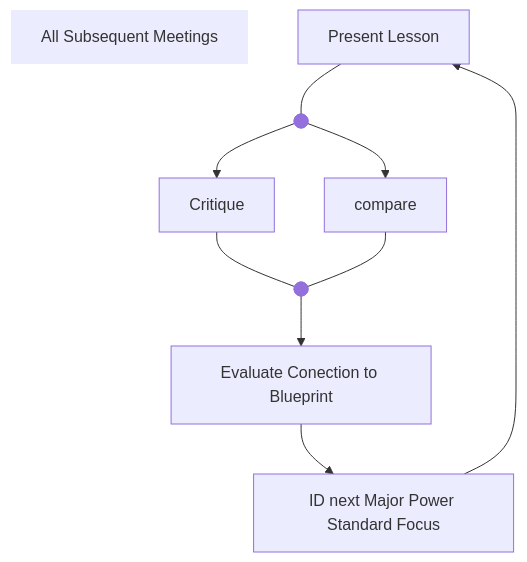
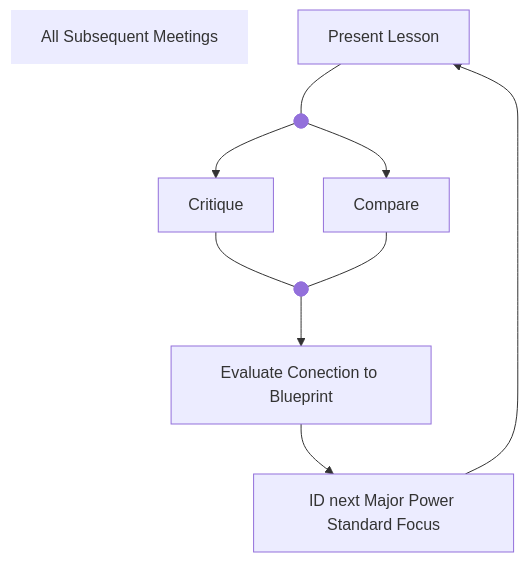
One commit to gerbssusd/MathConclave1 changed the second of 2 diagrams in slides.md. Above: the diagram before and after it, drawn with Mermaid. The commit also changed other lines of this file, not shown here.

````diff
--- a/slides.md
+++ b/slides.md
@@ -326,25 +326,25 @@
 ```mermaid {theme: redux, look: neo}
   flowchart TB
     s3["All Subsequent Meetings"]
     n3["Present Lesson"]
     nz["nz"]
     n4["Critique"]
-    n5["compare"]
+    n5["Compare"]
     ny["ny"]
     n6["Evaluate Conection to Blueprint"]
     n7["ID next Major Power Standard Focus"]
 
     n3 --- nz
     nz --> n4
     nz --> n5
     n4 --- ny
     n5 --- ny
     ny --> n6
     n6 --> n7
     n7 --> n3
 
  
     nz@{ shape: f-circ }
     ny@{ shape: f-circ }
     style s3 stroke:none
 ```
````
